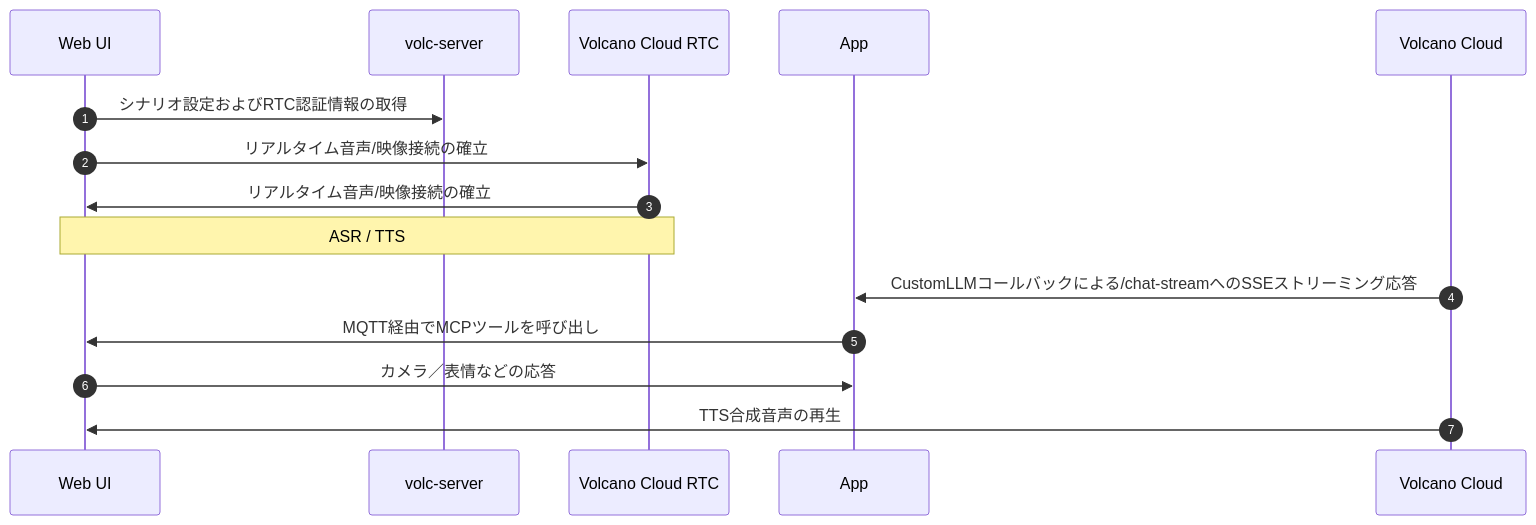
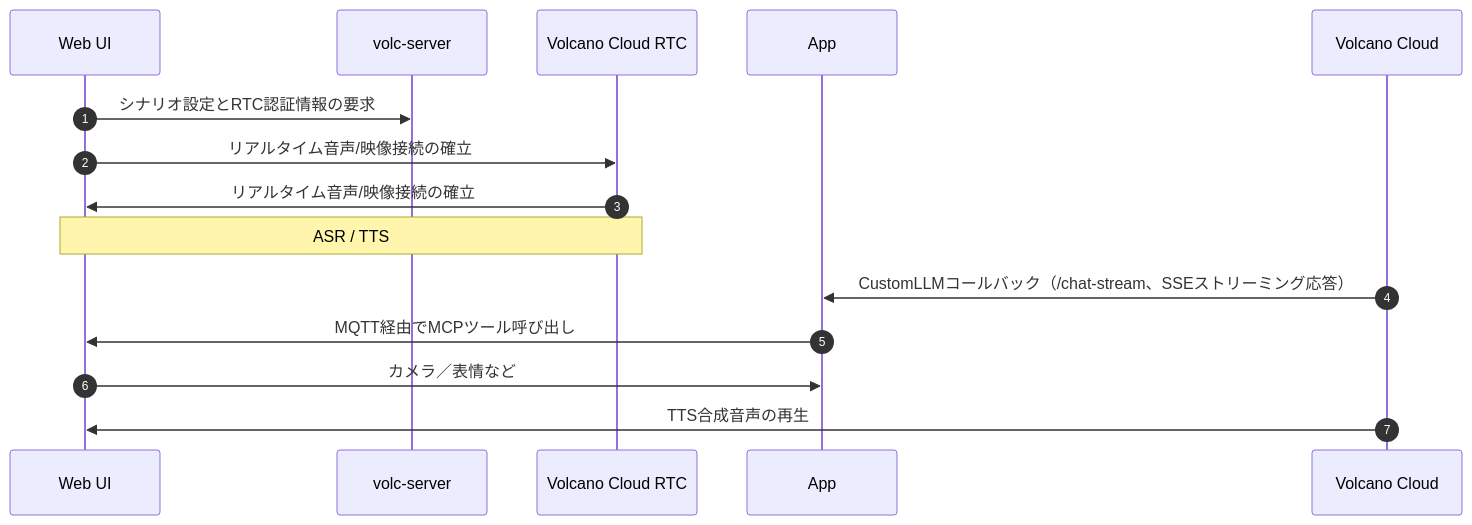
Before and after one commit to emqx/emqx-docs: the diagram in ja_JP/develop/emqx-ai/rtc-services/volcengine-rtc/quick-start.md, drawn with Mermaid. The commit also changed other lines of this file and 411 other files, not shown here.

````diff
--- a/ja_JP/develop/emqx-ai/rtc-services/volcengine-rtc/quick-start.md
+++ b/ja_JP/develop/emqx-ai/rtc-services/volcengine-rtc/quick-start.md
@@ -21,23 +21,22 @@
 ```mermaid
 sequenceDiagram
     autonumber
     participant WebUI as Web UI
     participant Volc as volc-server
     participant RTC as Volcano Cloud RTC
     participant App as App
     participant Cloud as Volcano Cloud
 
-    WebUI ->> Volc: シナリオ設定およびRTC認証情報の取得
+    WebUI ->> Volc: シナリオ設定とRTC認証情報の要求
 
     WebUI ->> RTC: リアルタイム音声/映像接続の確立
     RTC ->> WebUI: リアルタイム音声/映像接続の確立
     note over WebUI, RTC: ASR / TTS
 
-    Cloud ->> App: CustomLLMコールバックによる/chat-streamへのSSEストリーミング応答
+    Cloud ->> App: CustomLLMコールバック（/chat-stream、SSEストリーミング応答）
 
-    App ->> WebUI: MQTT経由でMCPツールを呼び出し
-    WebUI ->> App: カメラ／表情などの応答
+    App ->> WebUI: MQTT経由でMCPツール呼び出し
+    WebUI ->> App: カメラ／表情など
 
     Cloud ->> WebUI: TTS合成音声の再生
-
 ```
````
